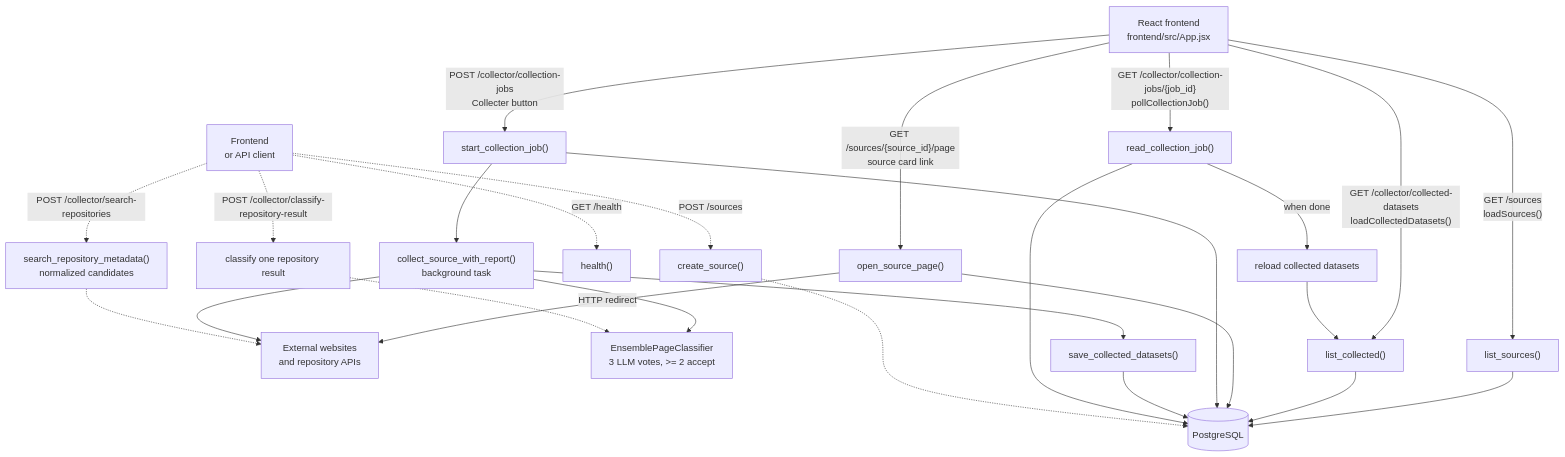
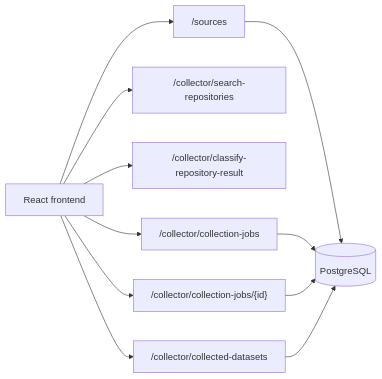
The first of 7 diagrams in docs/collector-pipeline-diagram.md (nicolasberlin/global-health-dataset-catalog), drawn with Mermaid before and after one commit. The commit also changed other lines of this file and 30 other files, not shown here.

Commit message:
Update collector security and architecture docs

````diff
--- a/docs/collector-pipeline-diagram.md
+++ b/docs/collector-pipeline-diagram.md
@@ -16,39 +10,18 @@
 ```mermaid
-flowchart TD
-    UI["React frontend<br/>frontend/src/App.jsx"]
-    DB[("PostgreSQL")]
-    External["External websites<br/>and repository APIs"]
-    Classifier["EnsemblePageClassifier<br/>3 LLM votes, >= 2 accept"]
+flowchart LR
+    UI["React frontend"]
+    Sources["/sources"]
+    RepoSearch["/collector/search-repositories"]
+    RepoClassify["/collector/classify-repository-result"]
+    Jobs["/collector/collection-jobs"]
+    JobStatus["/collector/collection-jobs/{id}"]
+    Results["/collector/collected-datasets"]
+    DB[(PostgreSQL)]
 
-    UI -->|"GET /sources<br/>loadSources()"| SourcesList["list_sources()"]
-    SourcesList --> DB
-
-    UI -->|"GET /collector/collected-datasets<br/>loadCollectedDatasets()"| CollectedList["list_collected()"]
-    CollectedList --> DB
-
-    UI -->|"GET /sources/{source_id}/page<br/>source card link"| SourceRedirect["open_source_page()"]
-    SourceRedirect --> DB
-    SourceRedirect -->|"HTTP redirect"| External
-
-    UI -->|"POST /collector/collection-jobs<br/>Collecter button"| StartJob["start_collection_job()"]
-    StartJob --> DB
-    StartJob --> BackgroundJob["collect_source_with_report()<br/>background task"]
-    BackgroundJob --> External
-    BackgroundJob --> Classifier
-    BackgroundJob --> SaveJobResults["save_collected_datasets()"]
-    SaveJobResults --> DB
-
-    UI -->|"GET /collector/collection-jobs/{job_id}<br/>pollCollectionJob()"| JobStatus["read_collection_job()"]
-    JobStatus --> DB
-    JobStatus -->|"when done"| ReloadCollected["reload collected datasets"]
-    ReloadCollected --> CollectedList
-
-    ApiClient["Frontend<br/>or API client"]
-    ApiClient -.->|"GET /health"| Health["health()"]
-    ApiClient -.->|"POST /sources"| CreateSource["create_source()"]
-    CreateSource -.-> DB
-    ApiClient -.->|"POST /collector/search-repositories"| RepoSearch["search_repository_metadata()<br/>normalized candidates"]
-    RepoSearch -.-> External
-    ApiClient -.->|"POST /collector/classify-repository-result"| RepoClassify["classify one repository result"]
-    RepoClassify -.-> Classifier
+    UI --> Sources --> DB
+    UI --> RepoSearch
+    UI --> RepoClassify
+    UI --> Jobs --> DB
+    UI --> JobStatus --> DB
+    UI --> Results --> DB
 ```
````
